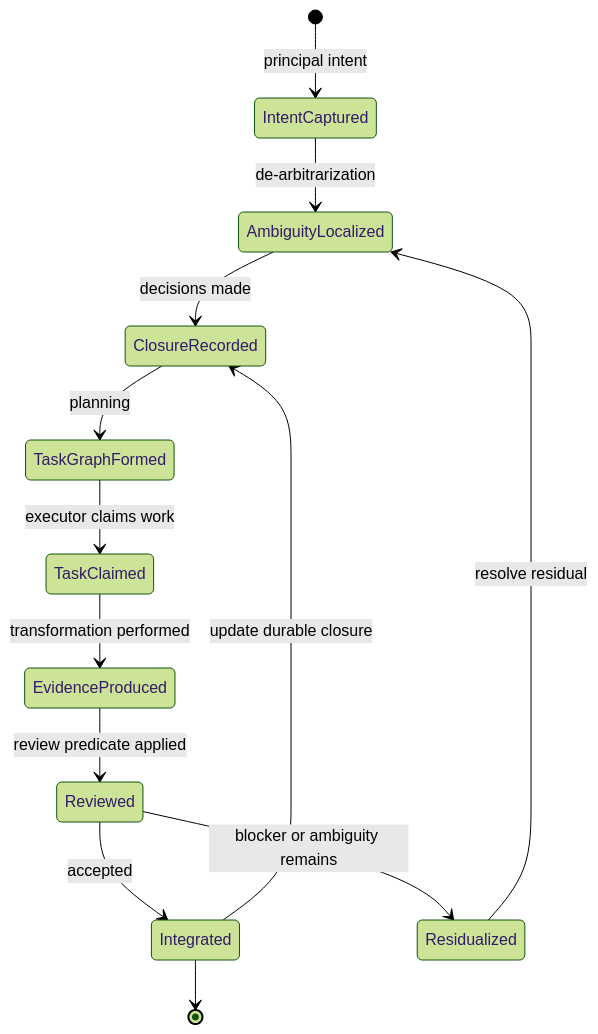
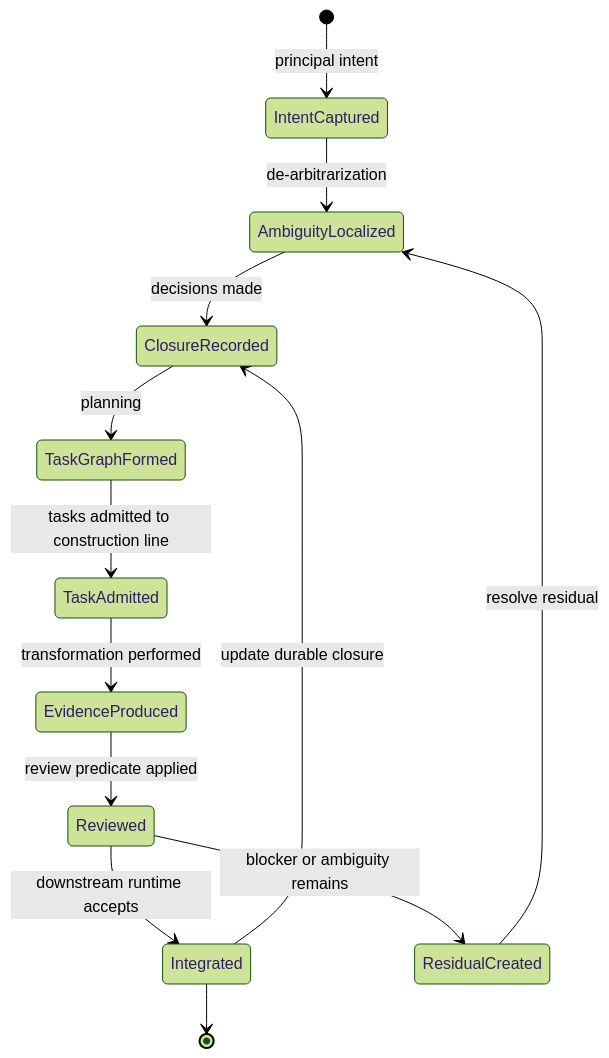
One commit to andrey-kokoev/narada.usc changed the sixth of 9 diagrams in docs/system.md. Above: the diagram before and after it, drawn with Mermaid (forest theme). The commit also changed other lines of this file and 23 other files, not shown here.

````diff
--- a/docs/system.md
+++ b/docs/system.md
@@ -153,15 +153,15 @@
 ```mermaid
 stateDiagram-v2
   [*] --> IntentCaptured: principal intent
   IntentCaptured --> AmbiguityLocalized: de-arbitrarization
   AmbiguityLocalized --> ClosureRecorded: decisions made
   ClosureRecorded --> TaskGraphFormed: planning
-  TaskGraphFormed --> TaskClaimed: executor claims work
-  TaskClaimed --> EvidenceProduced: transformation performed
+  TaskGraphFormed --> TaskAdmitted: tasks admitted to construction line
+  TaskAdmitted --> EvidenceProduced: transformation performed
   EvidenceProduced --> Reviewed: review predicate applied
-  Reviewed --> Integrated: accepted
-  Reviewed --> Residualized: blocker or ambiguity remains
-  Residualized --> AmbiguityLocalized: resolve residual
+  Reviewed --> Integrated: downstream runtime accepts
+  Reviewed --> ResidualCreated: blocker or ambiguity remains
+  ResidualCreated --> AmbiguityLocalized: resolve residual
   Integrated --> ClosureRecorded: update durable closure
   Integrated --> [*]
 ```
````
